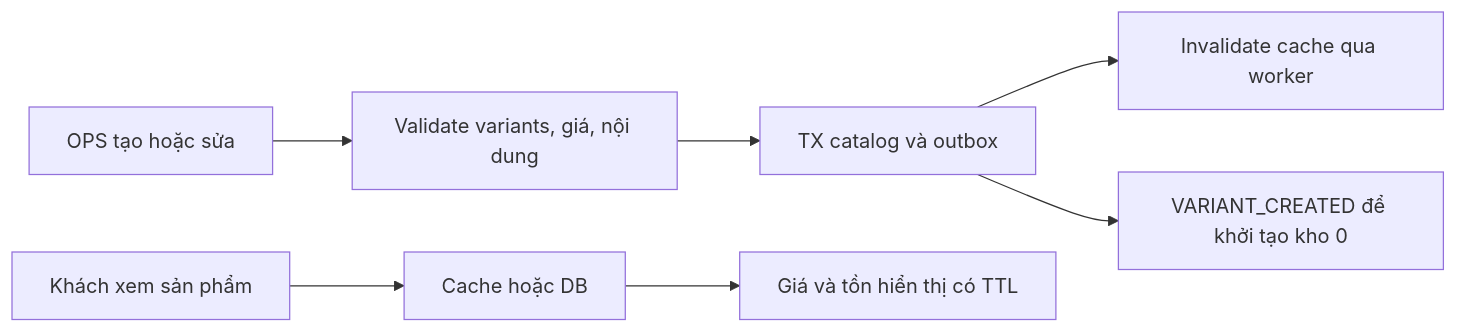
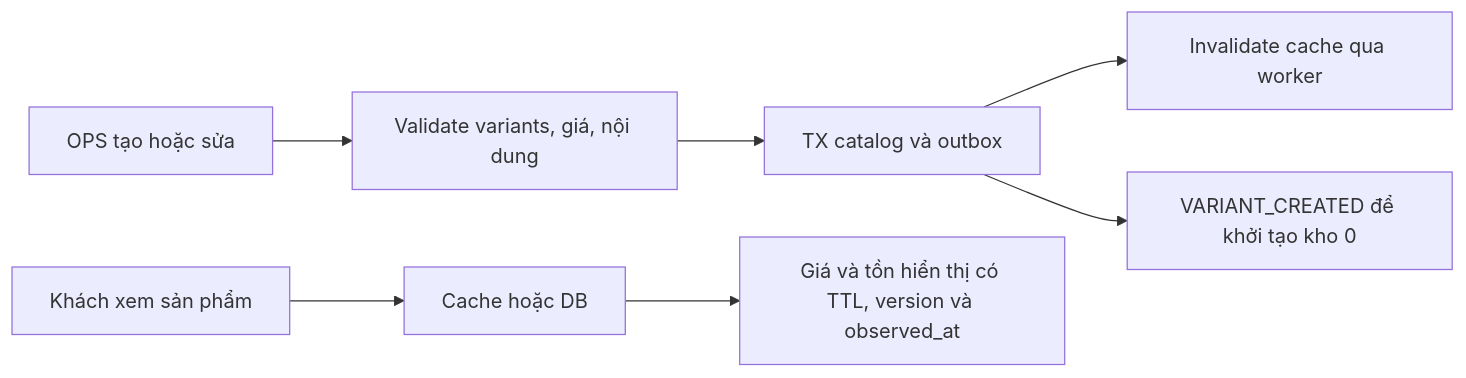
One commit to trunghieunef/fashion-ecommerce-platform changed the third of 13 diagrams in docs/design/06_service_flows.md. Above: the diagram before and after it, drawn with Mermaid. The commit also changed other lines of this file and 16 other files, not shown here.

````diff
--- a/docs/design/06_service_flows.md
+++ b/docs/design/06_service_flows.md
@@ -100,9 +100,9 @@
 ```mermaid
 flowchart LR
     A[OPS tạo hoặc sửa] --> B[Validate variants, giá, nội dung]
     B --> C[TX catalog và outbox]
     C --> D[Invalidate cache qua worker]
     C --> E[VARIANT_CREATED để khởi tạo kho 0]
     F[Khách xem sản phẩm] --> G[Cache hoặc DB]
-    G --> H[Giá và tồn hiển thị có TTL]
+    G --> H[Giá và tồn hiển thị có TTL, version và observed_at]
 ```
````
